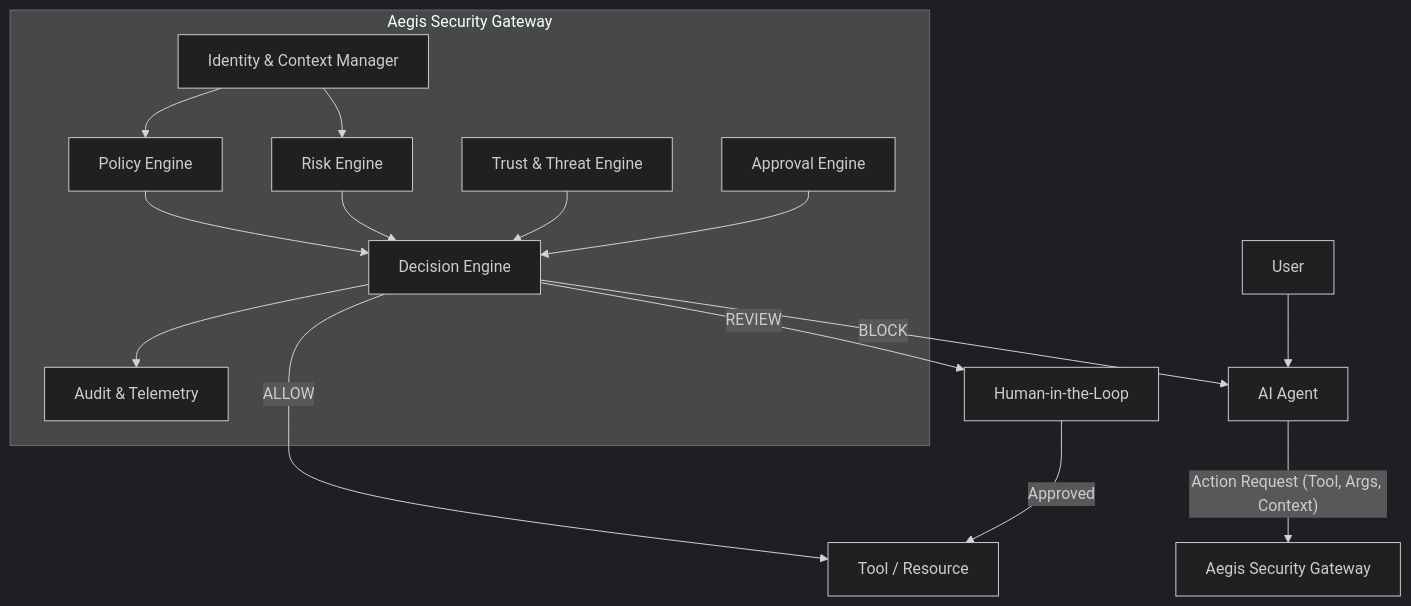
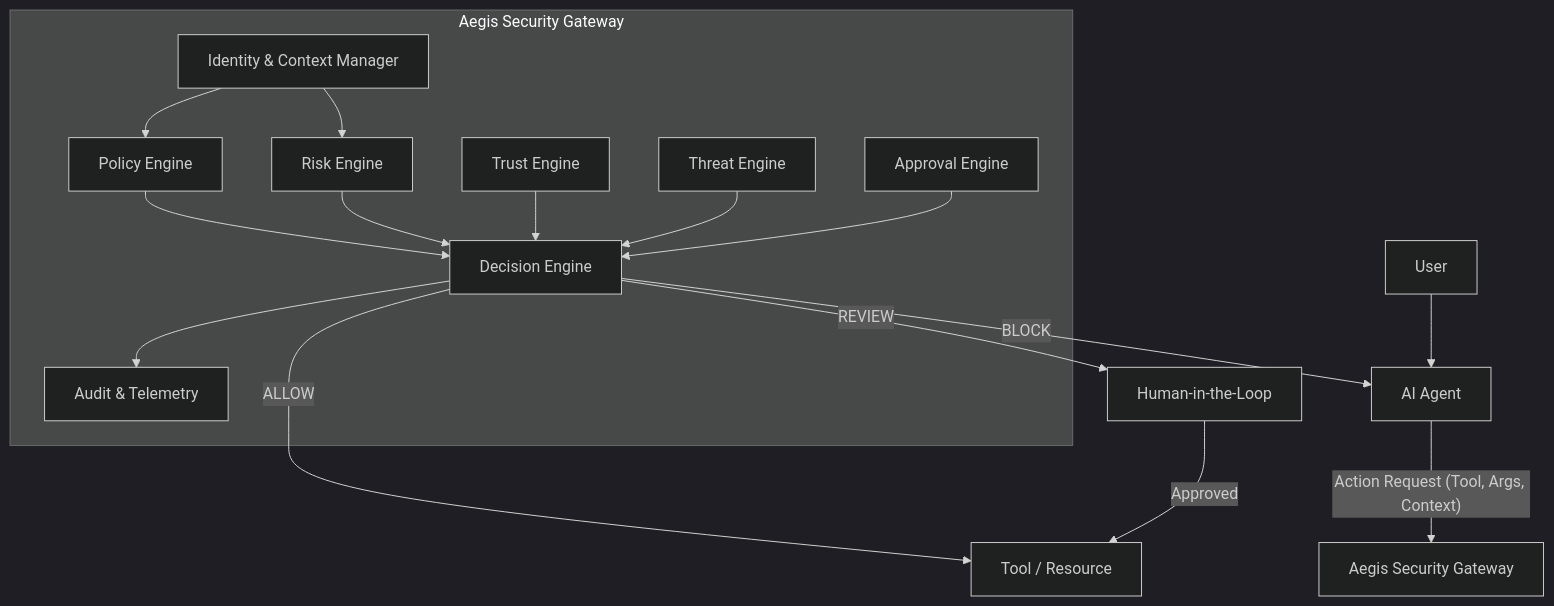
The diagram in docs/SYSTEM_ARCHITECTURE.md (Bham0603/Aegis), drawn with Mermaid (dark theme) before and after one commit. The commit also changed other lines of this file and 47 other files, not shown here.

````diff
--- a/docs/SYSTEM_ARCHITECTURE.md
+++ b/docs/SYSTEM_ARCHITECTURE.md
@@ -7,27 +7,29 @@
 ```mermaid
 graph TD
     U[User] --> A[AI Agent]
     A -- "Action Request (Tool, Args, Context)" --> GW[Aegis Security Gateway]
     
     subgraph Aegis Security Gateway
         ID[Identity & Context Manager]
         PE[Policy Engine]
         RE[Risk Engine]
-        TE[Trust & Threat Engine]
+        TE[Trust Engine]
+        THE[Threat Engine]
         AE[Approval Engine]
         
         ID --> PE
         ID --> RE
         PE --> DE[Decision Engine]
         RE --> DE
         TE --> DE
+        THE --> DE
         AE --> DE
         
         DE --> AUD[Audit & Telemetry]
     end
     
     DE -- "ALLOW" --> T[Tool / Resource]
     DE -- "REVIEW" --> HIL[Human-in-the-Loop]
     DE -- "BLOCK" --> A
     HIL -- "Approved" --> T
 ```
````
